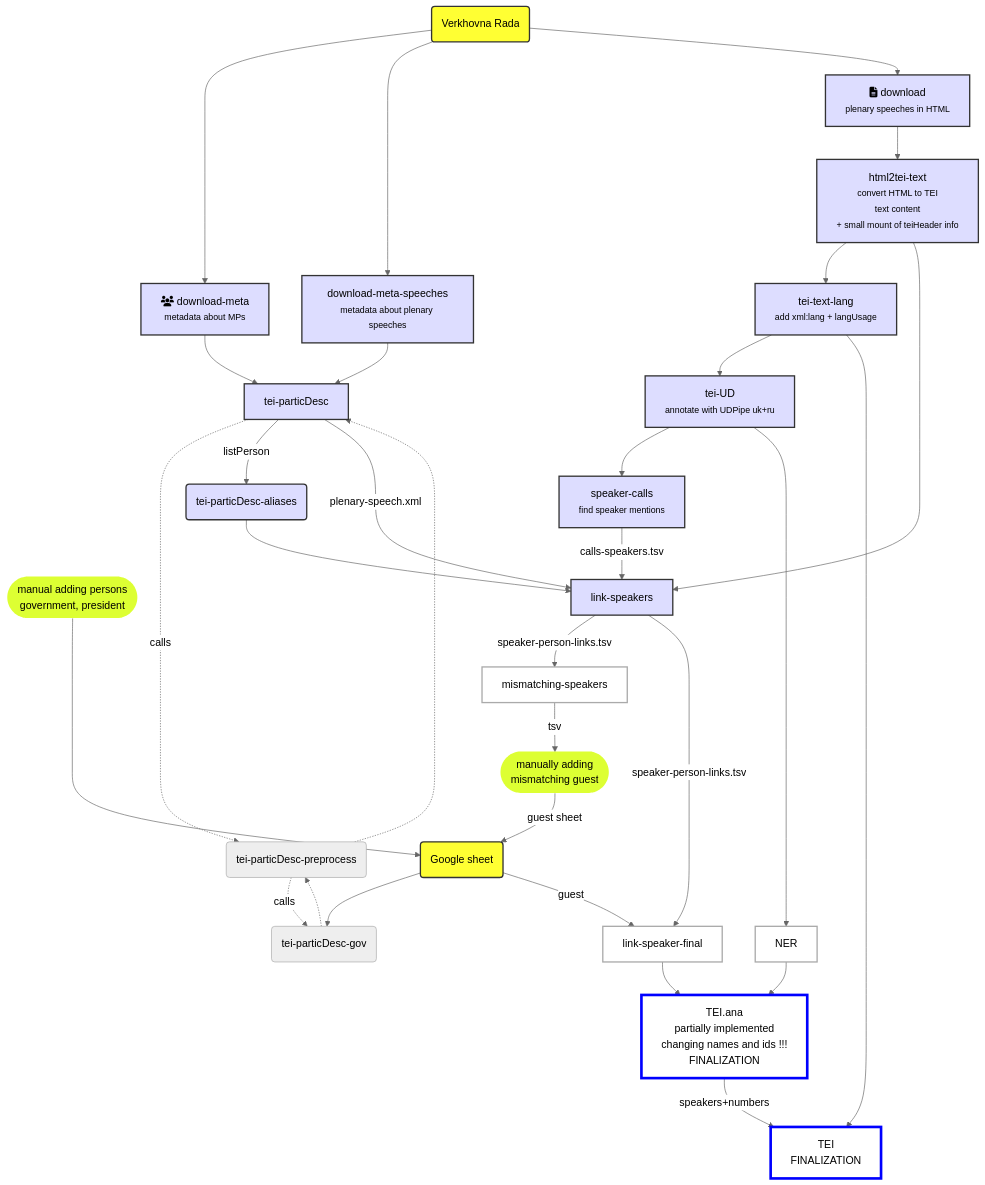
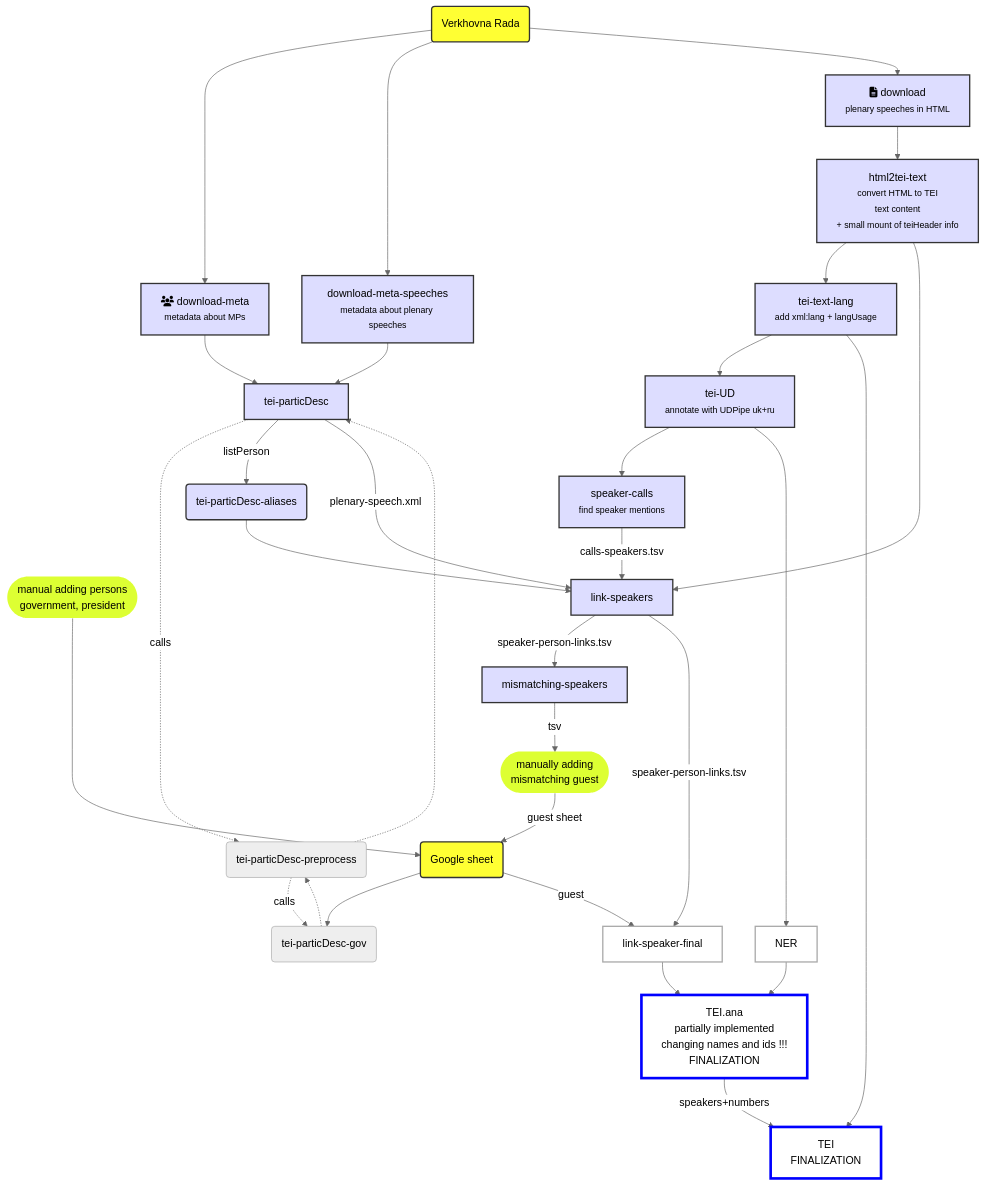
One commit to ufal/ParlaMint-UA changed the diagram in README.md. Above: the diagram before and after it, drawn with Mermaid (neutral theme).

Commit message:
update diagram (mismatching speakers)

````diff
--- a/README.md
+++ b/README.md
@@ -5,68 +5,68 @@
 ```mermaid
 graph TB
     VR(Verkhovna Rada):::in
     
     DM[fa:fa-users download-meta<br><small>metadata about MPs</small>]
     VR --> DM
     DMsp[download-meta-speeches<br><small>metadata about plenary speeches</small>]
     VR --> DMsp
     tei-particDesc[tei-particDesc]
     DM --> tei-particDesc
     DMsp --> tei-particDesc
 
     tei-particDesc -. calls .-> tei-particDesc-preprocess(tei-particDesc-preprocess):::gr
     tei-particDesc-preprocess -.-> tei-particDesc
     tei-particDesc-preprocess -. calls .-> tei-particDesc-gov(tei-particDesc-gov):::gr
     tei-particDesc-gov -.-> tei-particDesc-preprocess
     GOV([manual adding persons<br>government, president]):::MANUAL
     GS(Google sheet):::in 
     GOV ----> GS
     GS --> tei-particDesc-gov
     tei-particDesc --listPerson--> tei-particDesc-aliases(tei-particDesc-aliases)
  
     DP[fa:fa-file-text download<br><small>plenary speeches in HTML</small>]
     VR --> DP
 
     HTML[html2tei-text<br><small>convert HTML to TEI<br>text content <br>+ small mount of teiHeader info</small>]
     DP --> HTML
     TEIlang[tei-text-lang<br><small>add xml:lang + langUsage </small>]
     HTML --> TEIlang
     TEIud[tei-UD<br><small>annotate with UDPipe uk+ru</small>]
     TEIlang --> TEIud
     SC[speaker-calls<br><small>find speaker mentions</small>]
     TEIud --> SC
     
     TEIner[NER]:::TODO
     TEIud --> TEIner
 
     link-speakers[link-speakers]
     HTML --> link-speakers
     SC --calls-speakers.tsv--> link-speakers
     tei-particDesc-aliases --> link-speakers
     tei-particDesc --plenary-speech.xml--> link-speakers
 
-    mismatching-speakers[mismatching-speakers]:::TODO
+    mismatching-speakers[mismatching-speakers]
     link-speakers --speaker-person-links.tsv--> mismatching-speakers
     manMiss([manually adding<br>mismatching guest]):::MANUAL
     mismatching-speakers --tsv--> manMiss
     manMiss --guest sheet-->GS
     
     link-speaker-final[link-speaker-final]:::TODO
     GS --guest--> link-speaker-final
     link-speakers --speaker-person-links.tsv--> link-speaker-final
 
     TEIana[TEI.ana<br>partially implemented<br>changing names and ids !!!<br>FINALIZATION]:::TODOfin
     link-speaker-final --> TEIana
     TEIner --> TEIana
     
     TEI[TEI<br>FINALIZATION]:::TODOfin
     TEIana --speakers+numbers-->TEI
     TEIlang -->TEI
     
     classDef default fill:#ddf,stroke:#333,stroke-width:2px;
     classDef in fill:#ff3;
     classDef gr fill:#eee,stroke:#aaa,stroke-width:1px;
     classDef TODO fill:#fff,stroke:#aaa;
     classDef TODOfin fill:#fff,stroke:#00f,stroke-width:4px;
     classDef MANUAL fill:#df3,stroke-width:0px;
 ```
````
